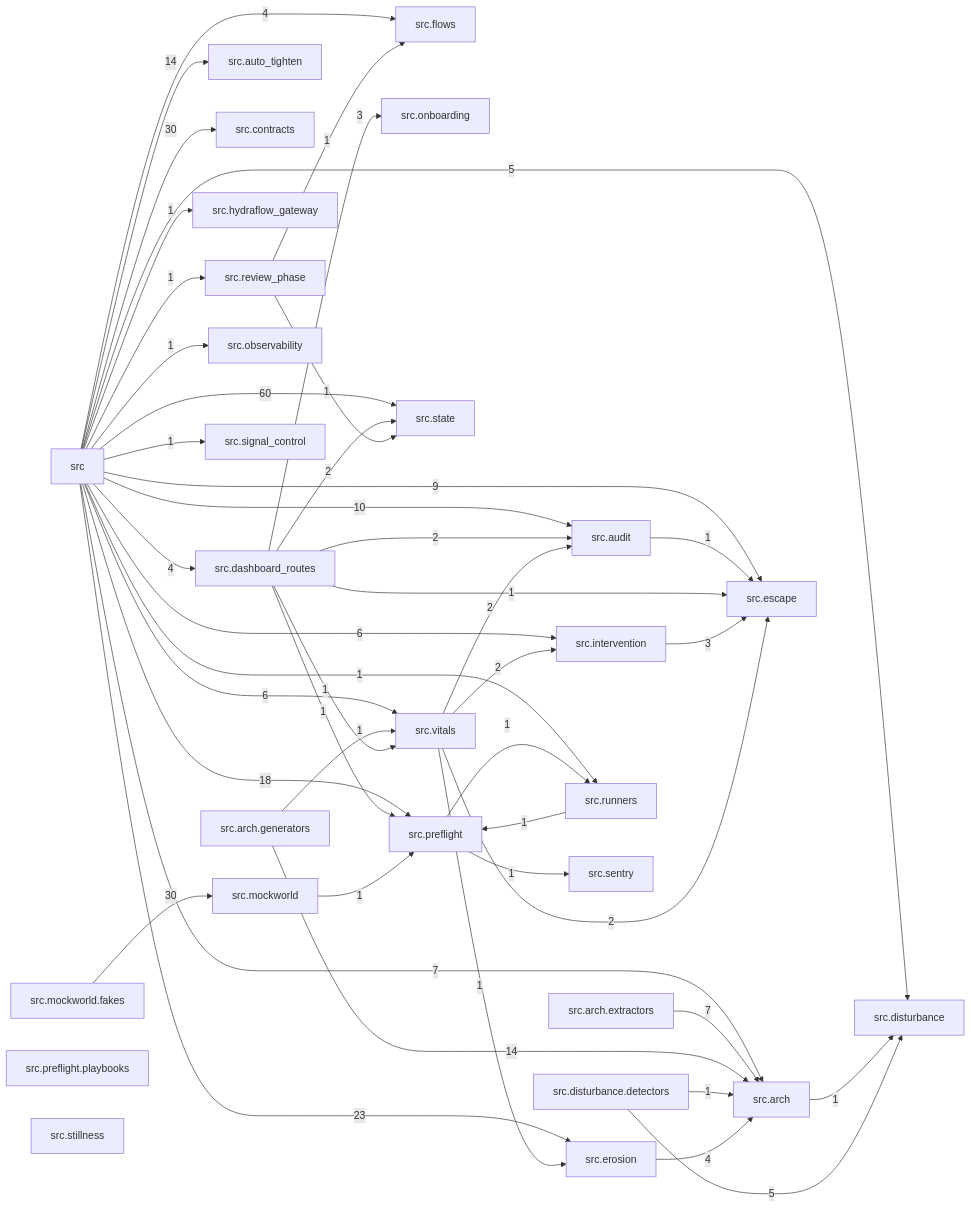
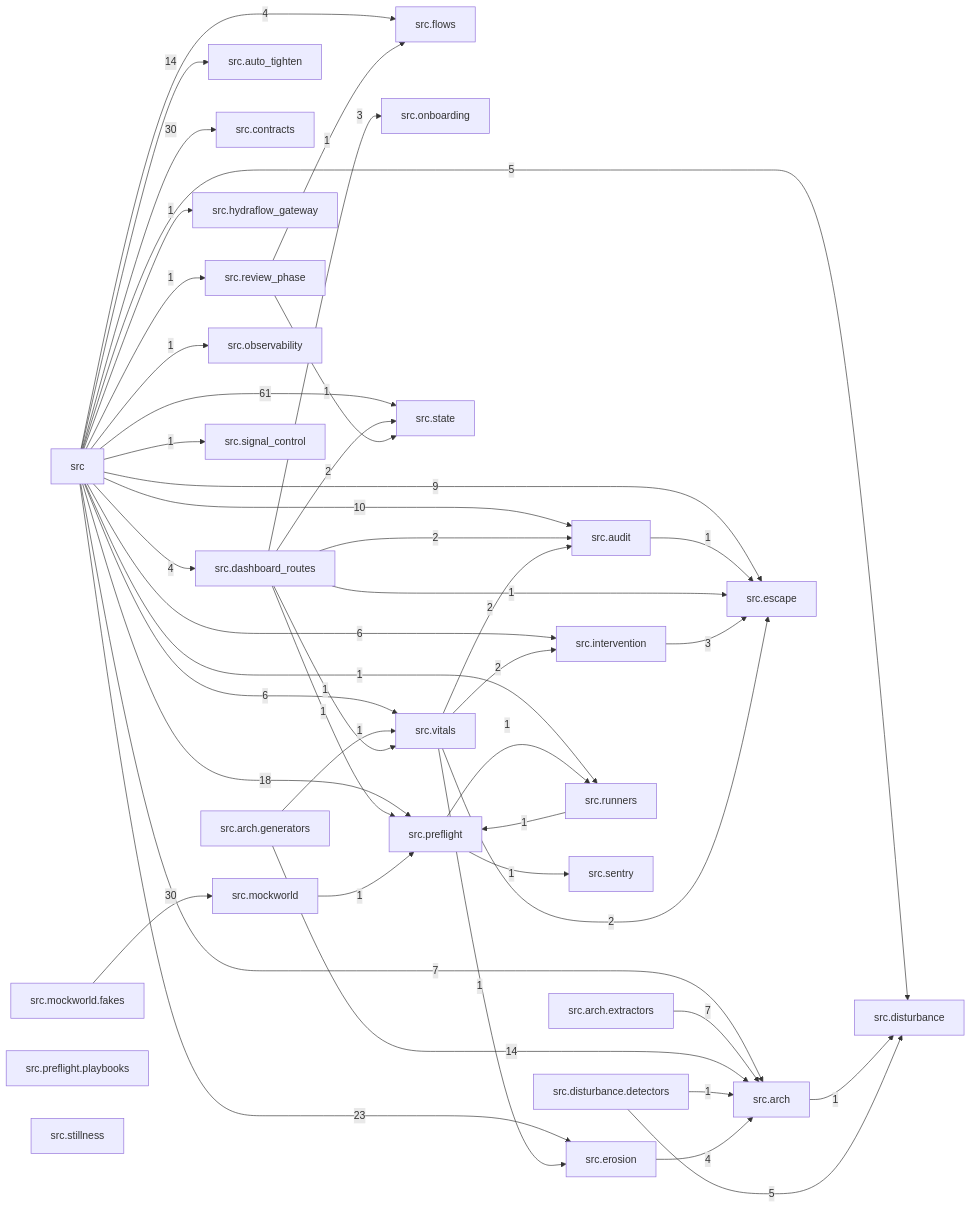
One commit to T-rav/hydraflow changed the diagram in docs/arch/generated/modules.md. Above: the diagram before and after it, drawn with Mermaid. The commit also changed 13 other files, not shown here.

````diff
--- a/docs/arch/generated/modules.md
+++ b/docs/arch/generated/modules.md
@@ -7,75 +7,75 @@
 ```mermaid
 graph LR
     src["src"]
     src_arch["src.arch"]
     src_arch_extractors["src.arch.extractors"]
     src_arch_generators["src.arch.generators"]
     src_audit["src.audit"]
     src_auto_tighten["src.auto_tighten"]
     src_contracts["src.contracts"]
     src_dashboard_routes["src.dashboard_routes"]
     src_disturbance["src.disturbance"]
     src_disturbance_detectors["src.disturbance.detectors"]
     src_erosion["src.erosion"]
     src_escape["src.escape"]
     src_flows["src.flows"]
     src_hydraflow_gateway["src.hydraflow_gateway"]
     src_intervention["src.intervention"]
     src_mockworld["src.mockworld"]
     src_mockworld_fakes["src.mockworld.fakes"]
     src_observability["src.observability"]
     src_onboarding["src.onboarding"]
     src_preflight["src.preflight"]
     src_preflight_playbooks["src.preflight.playbooks"]
     src_review_phase["src.review_phase"]
     src_runners["src.runners"]
     src_sentry["src.sentry"]
     src_signal_control["src.signal_control"]
     src_state["src.state"]
     src_stillness["src.stillness"]
     src_vitals["src.vitals"]
     src -- "7" --> src_arch
     src -- "10" --> src_audit
     src -- "14" --> src_auto_tighten
     src -- "30" --> src_contracts
     src -- "4" --> src_dashboard_routes
     src -- "5" --> src_disturbance
     src -- "23" --> src_erosion
     src -- "9" --> src_escape
     src -- "4" --> src_flows
     src -- "1" --> src_hydraflow_gateway
     src -- "6" --> src_intervention
     src -- "1" --> src_observability
     src -- "18" --> src_preflight
     src -- "1" --> src_review_phase
     src -- "1" --> src_runners
     src -- "1" --> src_signal_control
-    src -- "60" --> src_state
+    src -- "61" --> src_state
     src -- "6" --> src_vitals
     src_arch -- "1" --> src_disturbance
     src_arch_extractors -- "7" --> src_arch
     src_arch_generators -- "14" --> src_arch
     src_arch_generators -- "1" --> src_vitals
     src_audit -- "1" --> src_escape
     src_dashboard_routes -- "2" --> src_audit
     src_dashboard_routes -- "1" --> src_escape
     src_dashboard_routes -- "3" --> src_onboarding
     src_dashboard_routes -- "1" --> src_preflight
     src_dashboard_routes -- "2" --> src_state
     src_dashboard_routes -- "1" --> src_vitals
     src_disturbance_detectors -- "1" --> src_arch
     src_disturbance_detectors -- "5" --> src_disturbance
     src_erosion -- "4" --> src_arch
     src_intervention -- "3" --> src_escape
     src_mockworld -- "1" --> src_preflight
     src_mockworld_fakes -- "30" --> src_mockworld
     src_preflight -- "1" --> src_runners
     src_preflight -- "1" --> src_sentry
     src_review_phase -- "1" --> src_flows
     src_review_phase -- "1" --> src_state
     src_runners -- "1" --> src_preflight
     src_vitals -- "2" --> src_audit
     src_vitals -- "1" --> src_erosion
     src_vitals -- "2" --> src_escape
     src_vitals -- "2" --> src_intervention
 ```
````
